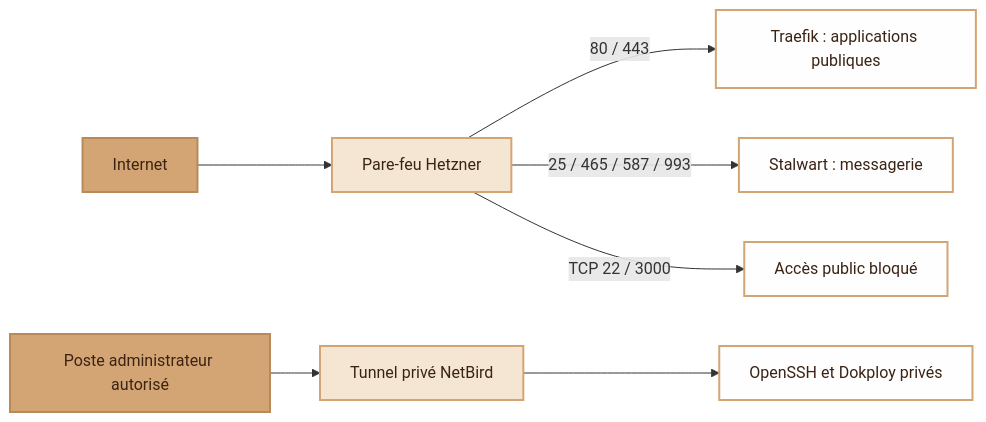
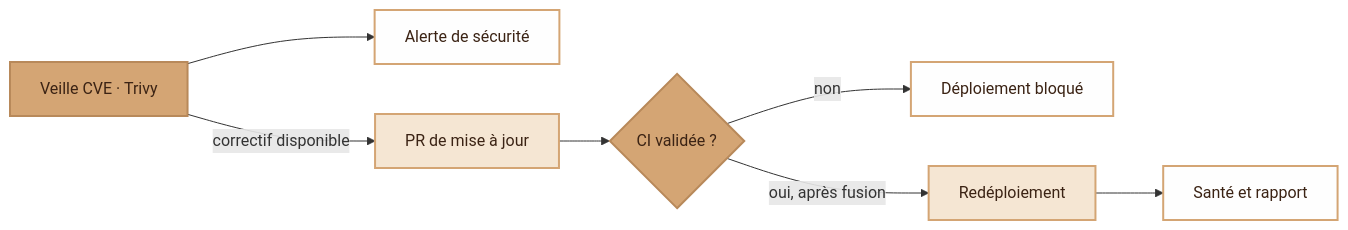
One commit to djdevpro/modern-stack changed the fourth of 4 diagrams in README.md. Above: the diagram before and after it, drawn with Mermaid. The commit also changed other lines of this file and 2 other files, not shown here.

Commit message:
docs: lead with private access and operational architecture

````diff
--- a/README.md
+++ b/README.md
@@ -64,13 +81,13 @@
 ```mermaid
 graph LR
-    A["Internet"]:::chamois --> B["Pare-feu Hetzner"]:::beige
-    B -->|"80 / 443"| C["Traefik : applications publiques"]:::blanc
-    B -->|"25 / 465 / 587 / 993"| D["Stalwart : messagerie"]:::blanc
-    B -->|"TCP 22 / 3000"| E["Accès public bloqué"]:::blanc
-    F["Poste administrateur autorisé"]:::chamois --> G["Tunnel privé NetBird"]:::beige
-    G --> H["OpenSSH et Dokploy privés"]:::blanc
+    A["Veille CVE · Trivy"]:::chamois --> B["Alerte de sécurité"]:::blanc
+    A -->|"correctif disponible"| C["PR de mise à jour"]:::beige
+    C --> D{"CI validée ?"}:::chamois
+    D -->|"non"| E["Déploiement bloqué"]:::blanc
+    D -->|"oui, après fusion"| G["Redéploiement"]:::beige
+    G --> H["Santé et rapport"]:::blanc
 
     classDef chamois fill:#d4a574,color:#3b2314,stroke:#b8895a,stroke-width:2px
     classDef blanc fill:#fefefe,color:#3b2314,stroke:#d4a574,stroke-width:2px
     classDef beige fill:#f5e6d3,color:#3b2314,stroke:#d4a574,stroke-width:2px
 ```
````
